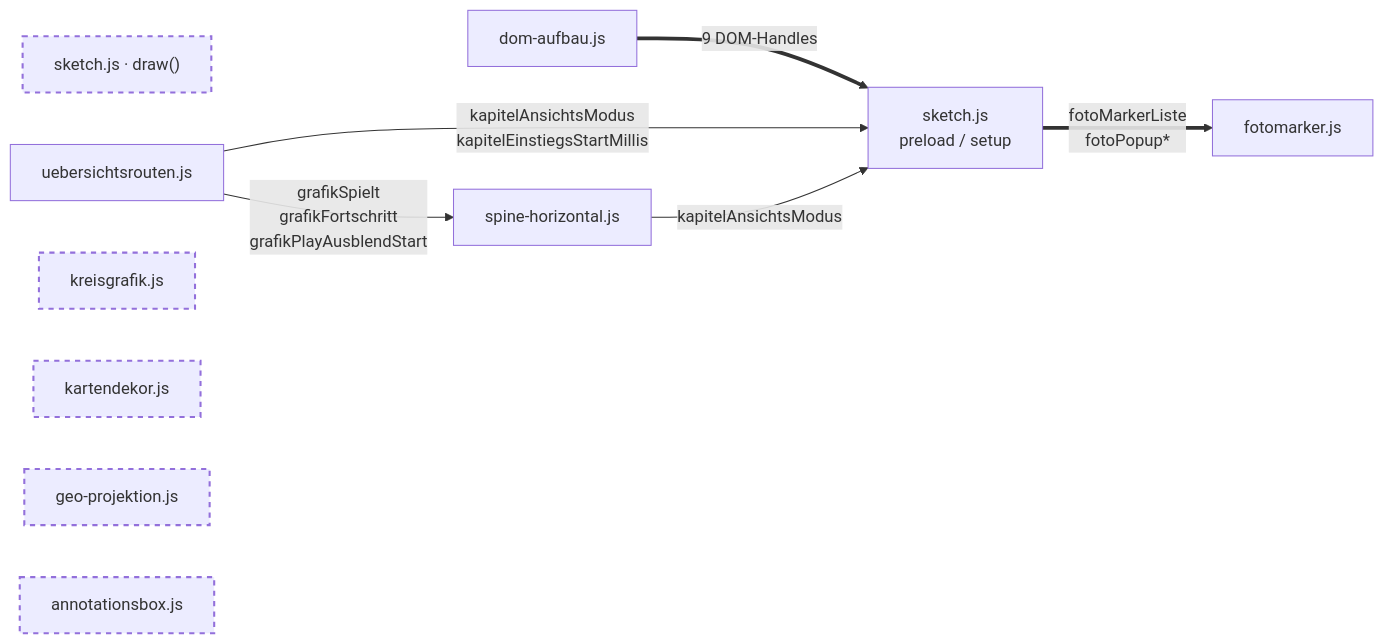
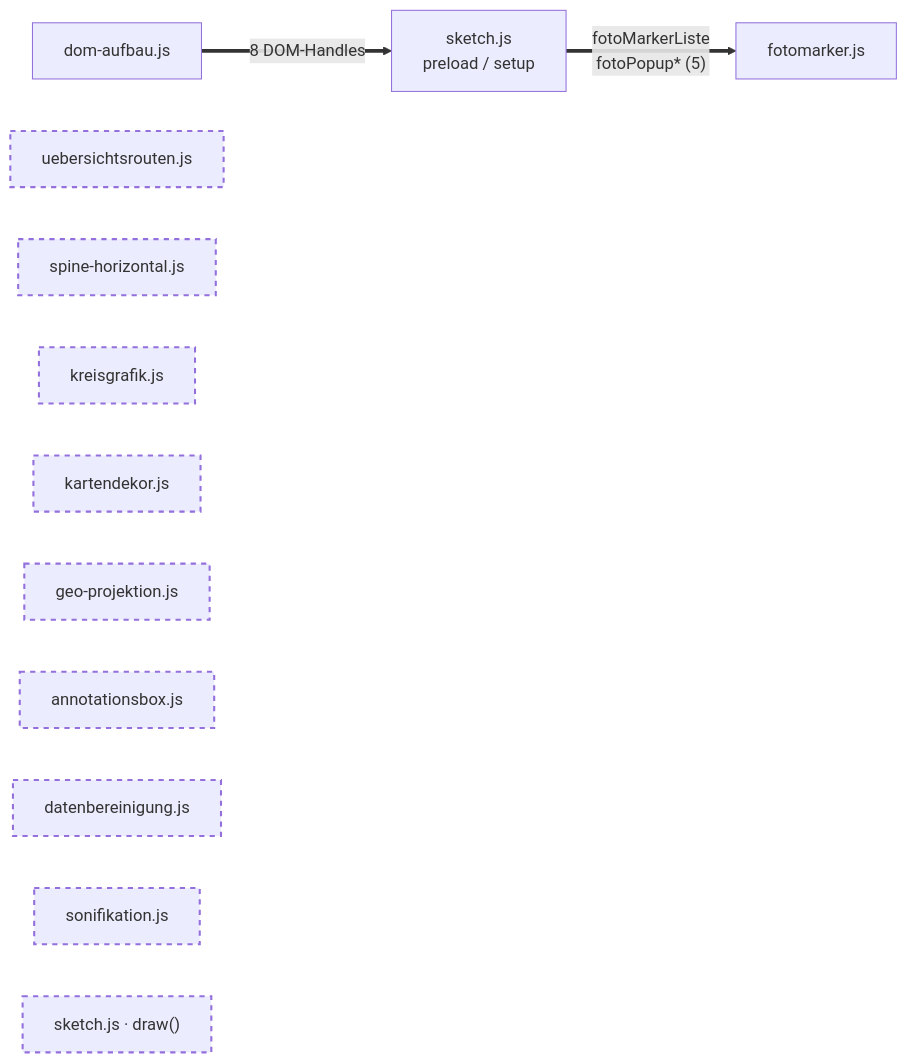
Before and after one commit to charis-arnold/bel-ami-v3: the first of 2 diagrams in docs/best-practices-review.md, drawn with Mermaid. The commit also changed other lines of this file and 4 other files, not shown here.

````diff
--- a/docs/best-practices-review.md
+++ b/docs/best-practices-review.md
@@ -267,23 +267,22 @@
 ```mermaid
 graph LR
     SK["sketch.js<br/>preload / setup"]
-    DRAW["sketch.js · draw()"]
     DOM["dom-aufbau.js"]
+    FM["fotomarker.js"]
+
+    DOM ==>|"8 DOM-Handles"| SK
+    SK ==>|"fotoMarkerListe<br/>fotoPopup* (5)"| FM
+
     UR["uebersichtsrouten.js"]
     SH["spine-horizontal.js"]
-    FM["fotomarker.js"]
-
-    SK ==>|"fotoMarkerListe<br/>fotoPopup*"| FM
-    DOM ==>|"9 DOM-Handles"| SK
-    UR -->|"kapitelAnsichtsModus<br/>kapitelEinstiegsStartMillis"| SK
-    UR -->|"grafikSpielt<br/>grafikFortschritt<br/>grafikPlayAusblendStart"| SH
-    SH -->|"kapitelAnsichtsModus"| SK
-
     KG["kreisgrafik.js"]
     KD["kartendekor.js"]
     GEO["geo-projektion.js"]
     AB["annotationsbox.js"]
+    DB["datenbereinigung.js"]
+    SO["sonifikation.js"]
+    DRAW["sketch.js · draw()"]
 
     classDef schreibfrei stroke-dasharray: 5 5,stroke-width:2px
-    class KG,KD,GEO,AB,DRAW schreibfrei
+    class UR,SH,KG,KD,GEO,AB,DB,SO,DRAW schreibfrei
 ```
````
